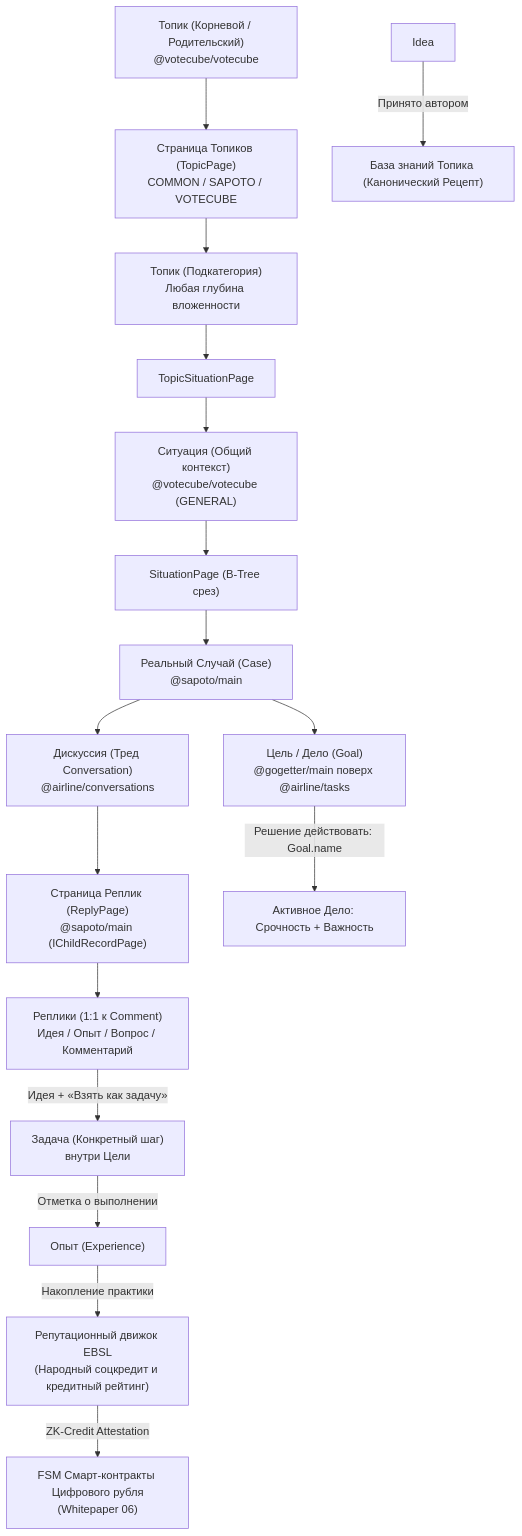
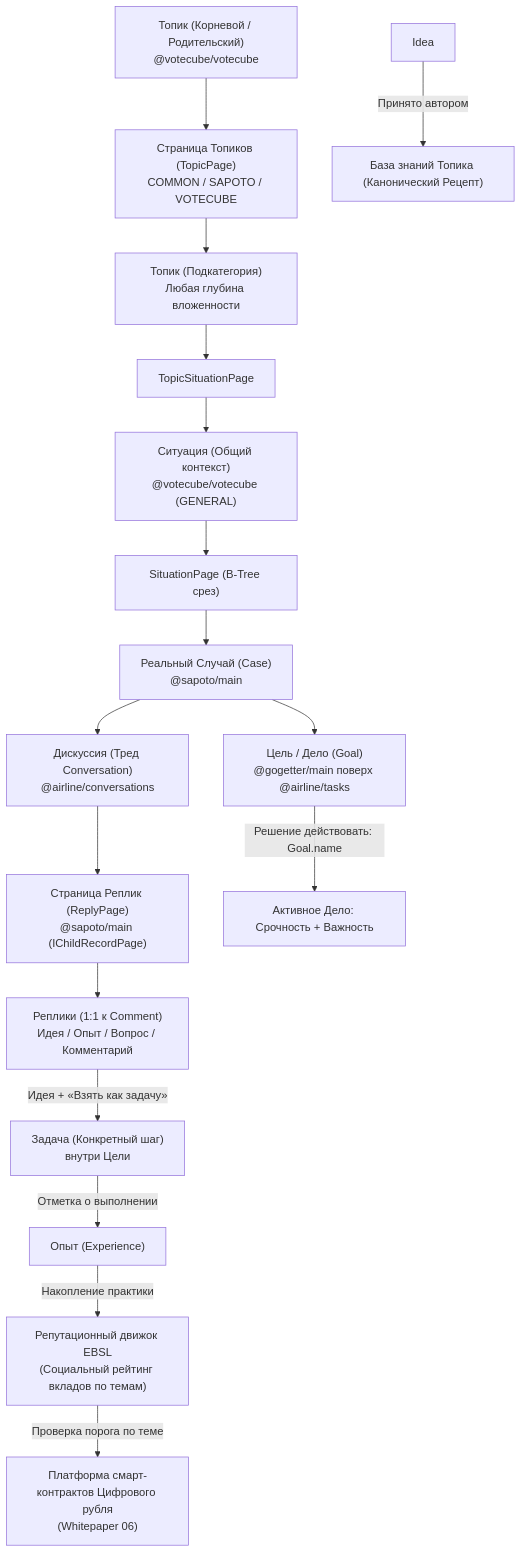
One commit to Data-Independence-Network/presentations changed the first of 2 diagrams in shared_docs/whitepapers/applications/sapoto/Sapoto_architecture_and_functionality.md. Above: the diagram before and after it, drawn with Mermaid. The commit also changed other lines of this file and 10 other files, not shown here.

````diff
--- a/shared_docs/whitepapers/applications/sapoto/Sapoto_architecture_and_functionality.md
+++ b/shared_docs/whitepapers/applications/sapoto/Sapoto_architecture_and_functionality.md
@@ -20,19 +20,19 @@
 ```mermaid
 graph TD
     TopicParent["Топик (Корневой / Родительский)<br/>@votecube/votecube"] --> TopicPage["Страница Топиков (TopicPage)<br/>COMMON / SAPOTO / VOTECUBE"]
     TopicPage --> TopicChild["Топик (Подкатегория)<br/>Любая глубина вложенности"]
     TopicChild --> TopicSitPage["TopicSituationPage"]
     TopicSitPage --> Situation["Ситуация (Общий контекст)<br/>@votecube/votecube (GENERAL)"]
     Situation --> SituationPage["SituationPage (B-Tree срез)"]
     SituationPage --> Case["Реальный Случай (Case)<br/>@sapoto/main"]
     Case --> Conv["Дискуссия (Тред Conversation)<br/>@airline/conversations"]
     Conv --> ReplyPage["Страница Реплик (ReplyPage)<br/>@sapoto/main (IChildRecordPage)"]
     ReplyPage --> Reply["Реплики (1:1 к Comment)<br/>Идея / Опыт / Вопрос / Комментарий"]
     Case --> Goal["Цель / Дело (Goal)<br/>@gogetter/main поверх @airline/tasks"]
     Goal -->|Решение действовать: Goal.name| GoalActive["Активное Дело: Срочность + Важность"]
     Reply -->|Идея + «Взять как задачу»| Task["Задача (Конкретный шаг)<br/>внутри Цели"]
     Task -->|Отметка о выполнении| ReplyExp["Опыт (Experience)"]
     Idea -->|Принято автором| KB["База знаний Топика (Канонический Рецепт)"]
-    ReplyExp -->|Накопление практики| RepEngine["Репутационный движок EBSL<br/>(Народный соцкредит и кредитный рейтинг)"]
-    RepEngine -->|ZK-Credit Attestation| FSM["FSM Смарт-контракты Цифрового рубля<br/>(Whitepaper 06)"]
+    ReplyExp -->|Накопление практики| RepEngine["Репутационный движок EBSL<br/>(Социальный рейтинг вкладов по темам)"]
+    RepEngine -->|Проверка порога по теме| FSM["Платформа смарт-контрактов Цифрового рубля<br/>(Whitepaper 06)"]
 ```
````
